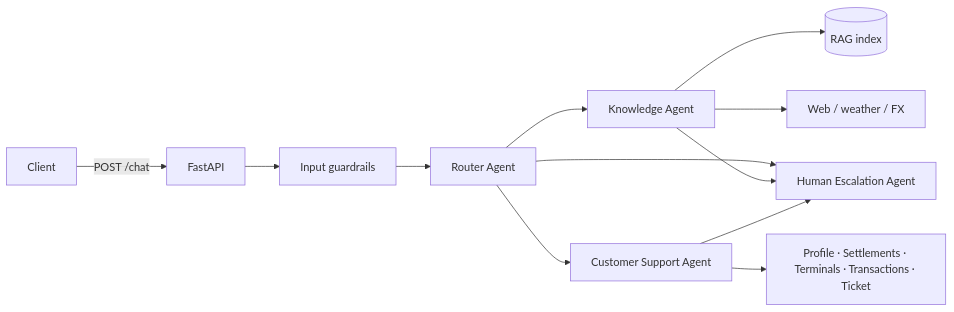
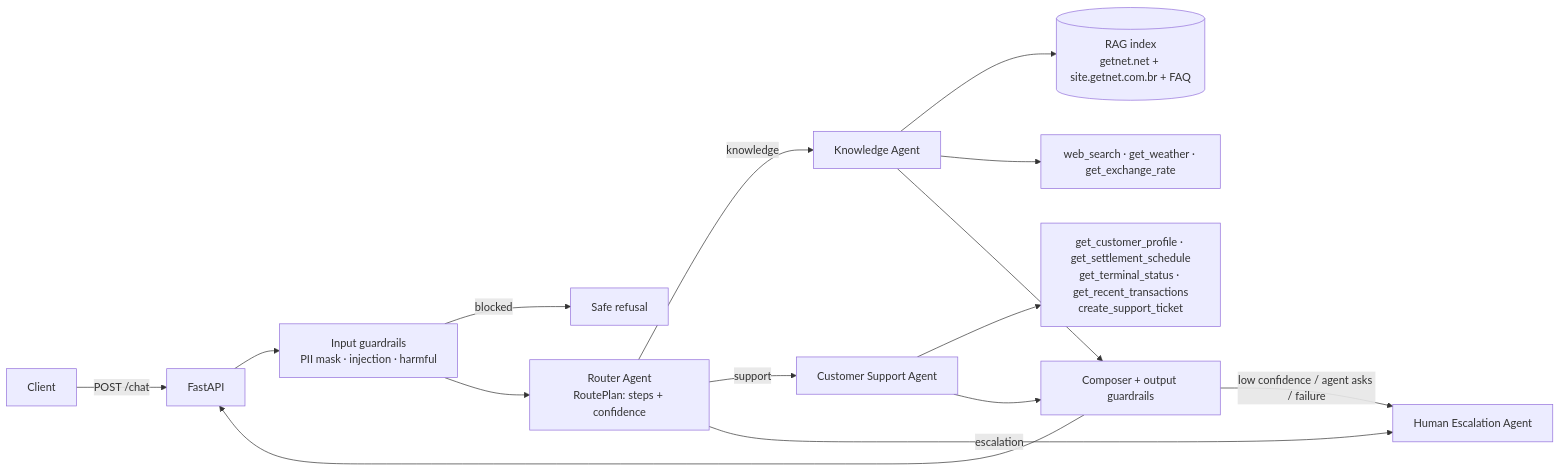
The diagram in README.md (EduPereiraDev/getnet-multi-agent-support), drawn with Mermaid before and after one commit. The commit also changed other lines of this file and 1 other file, not shown here.

Commit message:
docs: final README (run, tests, architecture, workflow, RAG, LLM tools, guardrails) and task status

````diff
--- a/README.md
+++ b/README.md
@@ -65,10 +90,16 @@
 ```mermaid
 flowchart LR
     U[Client] -->|POST /chat| API[FastAPI]
-    API --> GI[Input guardrails]
-    GI --> RT[Router Agent]
-    RT --> KA[Knowledge Agent] --> RAG[(RAG index)] & WEB[Web / weather / FX]
-    RT --> SA[Customer Support Agent] --> TOOLS[Profile · Settlements · Terminals · Transactions · Ticket]
-    RT --> HE[Human Escalation Agent]
-    KA & SA --> HE
+    API --> GI[Input guardrails<br/>PII mask · injection · harmful]
+    GI -->|blocked| R0[Safe refusal]
+    GI --> RT[Router Agent<br/>RoutePlan: steps + confidence]
+    RT -->|knowledge| KA[Knowledge Agent]
+    RT -->|support| SA[Customer Support Agent]
+    RT -->|escalation| HE[Human Escalation Agent]
+    KA --> RAG[(RAG index<br/>getnet.net + site.getnet.com.br + FAQ)]
+    KA --> WEB[web_search · get_weather · get_exchange_rate]
+    SA --> TOOLS[get_customer_profile · get_settlement_schedule<br/>get_terminal_status · get_recent_transactions<br/>create_support_ticket]
+    KA & SA --> CO[Composer + output guardrails]
+    CO -->|low confidence / agent asks / failure| HE
+    CO --> API
 ```
````
